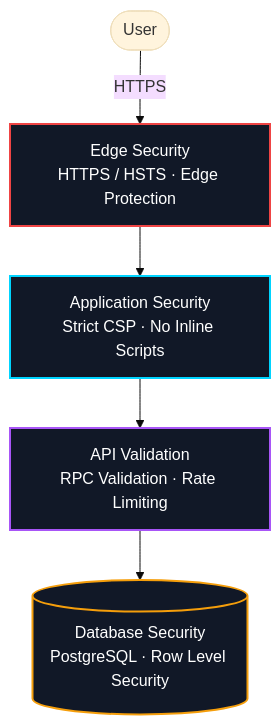
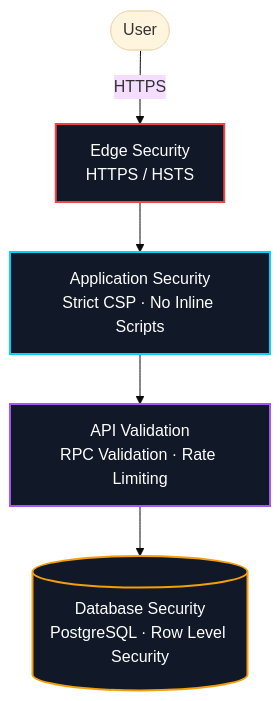
One commit to or-carmeli/k8s-Interactive-game changed the third of 3 diagrams in README.md. Above: the diagram before and after it, drawn with Mermaid (base theme). The commit also changed other lines of this file, not shown here.

First line of the commit message:
Simplify README Security Model section into concise highlights

````diff
--- a/README.md
+++ b/README.md
@@ -140,18 +140,19 @@
 ```mermaid
 flowchart TB
     USER([User])
-    EDGE["Edge Security<br/>HTTPS / HSTS · Edge Protection"]
+
+    EDGE["Edge Security<br/>HTTPS / HSTS"]
     APP["Application Security<br/>Strict CSP · No Inline Scripts"]
     API["API Validation<br/>RPC Validation · Rate Limiting"]
     DB[("Database Security<br/>PostgreSQL · Row Level Security")]
 
     USER -->|HTTPS| EDGE
     EDGE --> APP
     APP --> API
     API --> DB
 
     style EDGE fill:#111827,stroke:#EF4444,stroke-width:2px,color:#ffffff
     style APP fill:#111827,stroke:#00D4FF,stroke-width:2px,color:#ffffff
     style API fill:#111827,stroke:#A855F7,stroke-width:2px,color:#ffffff
     style DB fill:#111827,stroke:#F59E0B,stroke-width:2px,color:#ffffff
 ```
````
